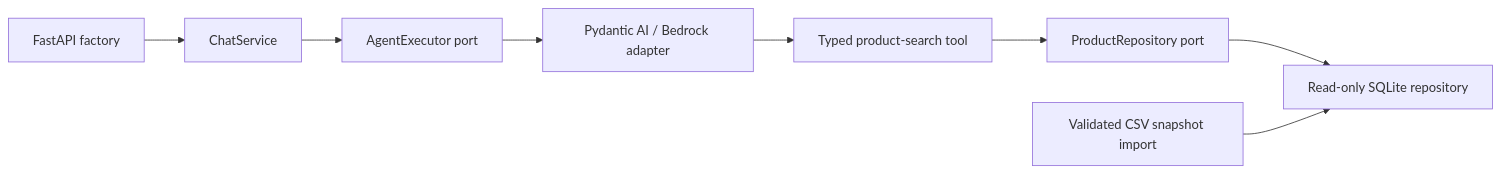
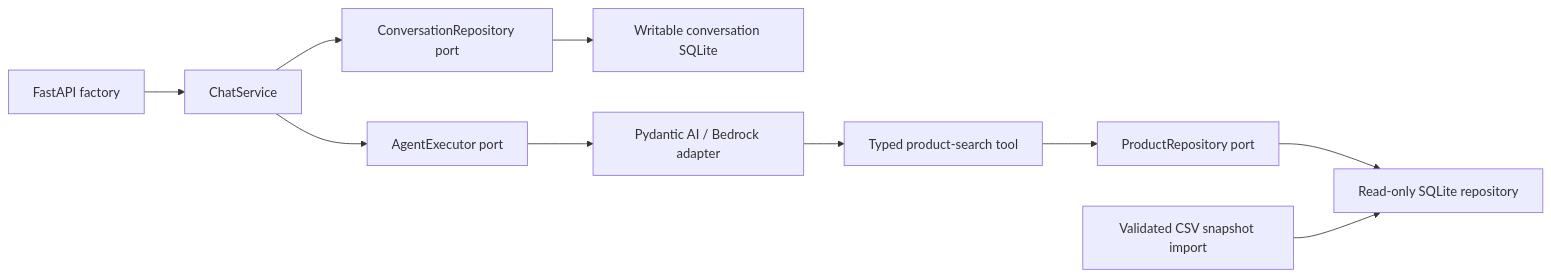
Before and after one commit to rafaself/atf-ai-engineer-challenge: the diagram in docs/architecture.md, drawn with Mermaid. The commit also changed other lines of this file and 10 other files, not shown here.

````diff
--- a/docs/architecture.md
+++ b/docs/architecture.md
@@ -6,10 +6,12 @@
 ```mermaid
 flowchart LR
     HTTP[FastAPI factory] --> Service[ChatService]
     Service --> Executor[AgentExecutor port]
+    Service --> History[ConversationRepository port]
+    History --> Sessions[Writable conversation SQLite]
     Executor --> Adapter[Pydantic AI / Bedrock adapter]
     Adapter --> Tool[Typed product-search tool]
     Tool --> Port[ProductRepository port]
     Port --> SQLite[Read-only SQLite repository]
     CSV[Validated CSV snapshot import] --> SQLite
 ```
````
